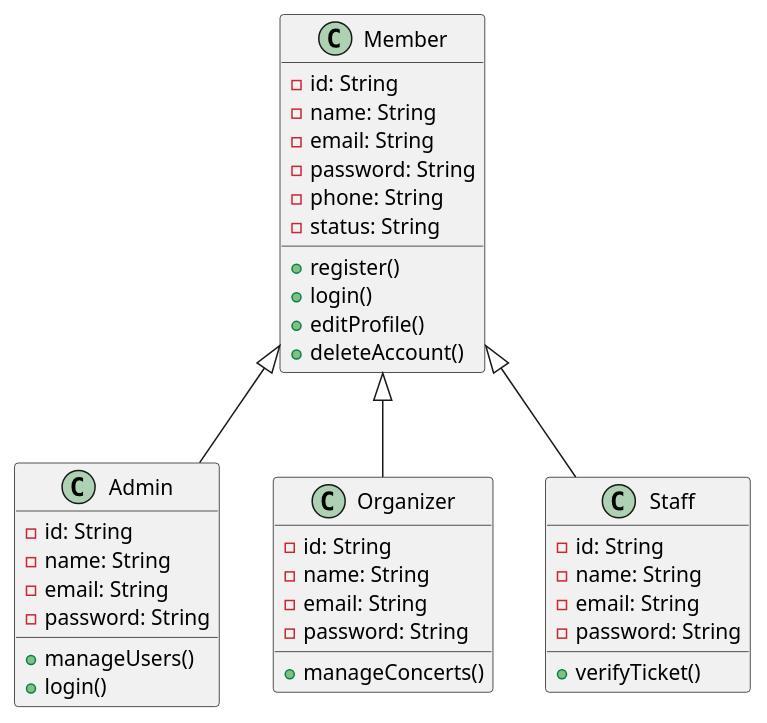
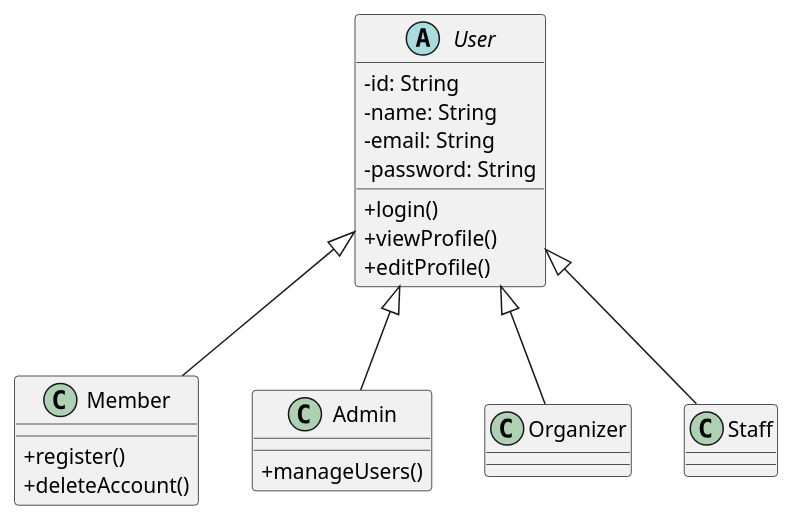
Before and after one commit to vaso0130/Ticket-system: diagram 25 of 28 in uml_diagrams.md, drawn with PlantUML. The commit also changed other lines of this file, not shown here.

Commit message:
重構UML圖，調整用例圖方向及角色定義，改善活動圖邏輯，並優化類別繼承結構

````diff
--- a/uml_diagrams.md
+++ b/uml_diagrams.md
@@ -586,46 +602,39 @@
 ```plantuml
 @startuml
 skinparam linetype polyline
-class Member {
+skinparam classAttributeIconSize 0
+
+' ==== 抽象父類 ====
+abstract class User {
   - id: String
   - name: String
   - email: String
   - password: String
-  - phone: String
-  - status: String
+  + login()
+  + viewProfile()
+  + editProfile()
+}
+
+' ==== 具體角色 ====
+class Member {
   + register()
-  + login()
-  + editProfile()
   + deleteAccount()
 }
 
 class Admin {
-  - id: String
-  - name: String
-  - email: String
-  - password: String
   + manageUsers()
-  + login()
 }
 
 class Organizer {
-  - id: String
-  - name: String
-  - email: String
-  - password: String
-  + manageConcerts()
 }
 
 class Staff {
-  - id: String
-  - name: String
-  - email: String
-  - password: String
-  + verifyTicket()
 }
 
-Member <|-- Admin
-Member <|-- Organizer
-Member <|-- Staff
+' ==== 繼承關係 ====
+User <|-- Member
+User <|-- Admin
+User <|-- Organizer
+User <|-- Staff
 @enduml
 ```
````
